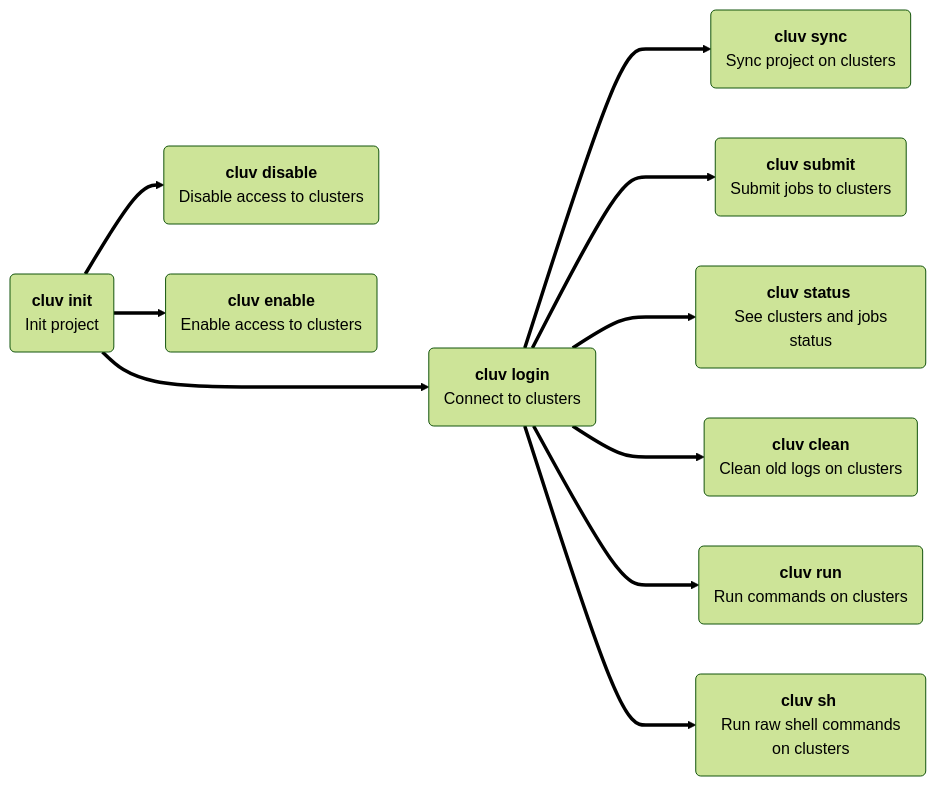
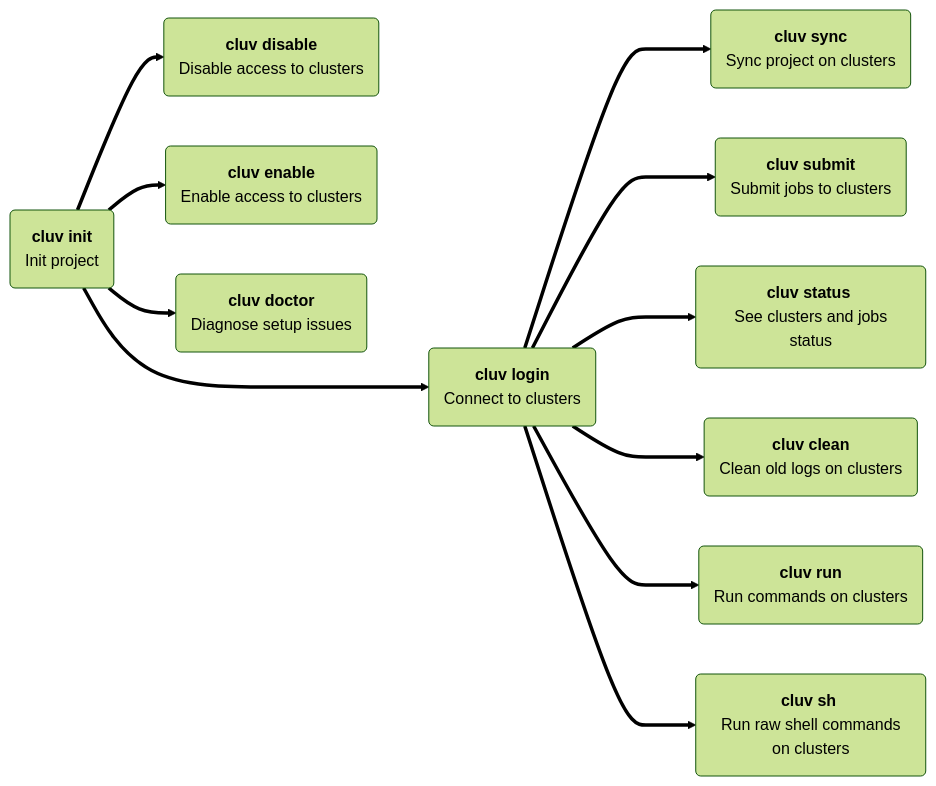
One commit to mila-iqia/cluv changed the diagram in docs/index.md. Above: the diagram before and after it, drawn with Mermaid (forest theme). The commit also changed 4 other files, not shown here.

Commit message:
Add `cluv doctor` command to diagnose cluster setup issues

````diff
--- a/docs/index.md
+++ b/docs/index.md
@@ -114,35 +114,38 @@
 ``` mermaid
     graph LR
         init(<b>cluv init</b> <br> Init project)
         sync(<b>cluv sync</b> <br> Sync project on clusters)
         login(<b>cluv login</b> <br> Connect to clusters)
         submit(<b>cluv submit</b> <br> Submit jobs to clusters)
         status(<b>cluv status</b> <br> See clusters and jobs status)
         disable(<b>cluv disable</b> <br> Disable access to clusters)
         enable(<b>cluv enable</b> <br> Enable access to clusters)
         clean(<b>cluv clean</b> <br> Clean old logs on clusters)
         run(<b>cluv run</b> <br> Run commands on clusters)
         sh(<b>cluv sh</b> <br> Run raw shell commands on clusters)
+        doctor(<b>cluv doctor</b> <br> Diagnose setup issues)
 
         init ===> login
         init ==> disable
         init ==> enable
+        init ==> doctor
 
         login ===> sync
         login ===> submit
         login ===> status
         login ===> clean
         login ===> run
         login ===> sh
 
         click init "commands/#cluv-init"
         click login "commands/#cluv-login"
         click sync "commands/#cluv-sync"
         click submit "commands/#cluv-submit"
         click status "commands/#cluv-status"
         click disable "commands/#cluv-disable"
         click enable "commands/#cluv-enable"
         click clean "commands/#cluv-clean"
         click run "commands/#cluv-run"
         click sh "commands/#cluv-sh"
+        click doctor "commands/#cluv-doctor"
 ```
````
